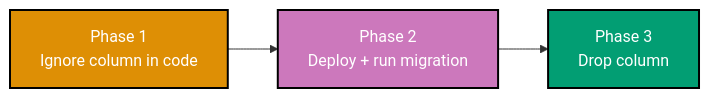
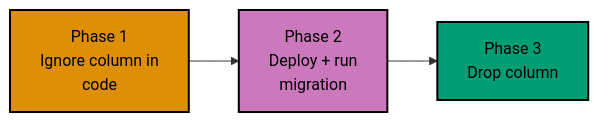
The second of 6 diagrams in apps/ayokoding-www/content/en/learn/legacy/software-engineering/data/tools/clojure-migratus/by-example/advanced.md (wahidyankf/ose-public), drawn with Mermaid before and after one commit. The commit also changed other lines of this file and 131 other files, not shown here.

First line of the commit message:
fix(mermaid): bring the legacy data, infrastructure, and testing diagrams onto the accessible palette

````diff
--- a/apps/ayokoding-www/content/en/learn/legacy/software-engineering/data/tools/clojure-migratus/by-example/advanced.md
+++ b/apps/ayokoding-www/content/en/learn/legacy/software-engineering/data/tools/clojure-migratus/by-example/advanced.md
@@ -152,11 +159,17 @@
 ```mermaid
 %% Color Palette: Blue #0173B2, Orange #DE8F05, Teal #029E73, Purple #CC78BC, Brown #CA9161
 %% Three-phase column removal
 graph LR
-    A[Phase 1<br/>Ignore column in code] --> B[Phase 2<br/>Deploy + run migration]
+    accTitle: Example 63: Zero-Downtime Column Removal
+    accDescr: Graph with 3 nodes and 2 connections. Nodes: Phase 1 Ignore column in code, Phase 2 Deploy + run migration, Phase 3 Drop column. Connections: Phase 1 Ignore column in code to Phase 2 Deploy + run migration, Phase 2 Deploy + run migration to Phase 3 Drop column.
+    A[Phase 1<br/>Ignore column in<br/>code] --> B[Phase 2<br/>Deploy + run<br/>migration]
     B --> C[Phase 3<br/>Drop column]
 
-    style A fill:#DE8F05,stroke:#000000,color:#FFFFFF,stroke-width:2px
-    style B fill:#CC78BC,stroke:#000000,color:#FFFFFF,stroke-width:2px
-    style C fill:#029E73,stroke:#000000,color:#FFFFFF,stroke-width:2px
+    classDef pal-DE8F05 fill:#DE8F05,stroke:#000000,color:#000000,stroke-width:2px
+    class A pal-DE8F05
+    classDef pal-CC78BC fill:#CC78BC,stroke:#000000,color:#000000,stroke-width:2px
+    class B pal-CC78BC
+    classDef pal-029E73 fill:#029E73,stroke:#000000,color:#000000,stroke-width:2px
+    class C pal-029E73
+    classDef default fill:#FFFFFF,stroke:#000000,color:#000000
 ```
````
